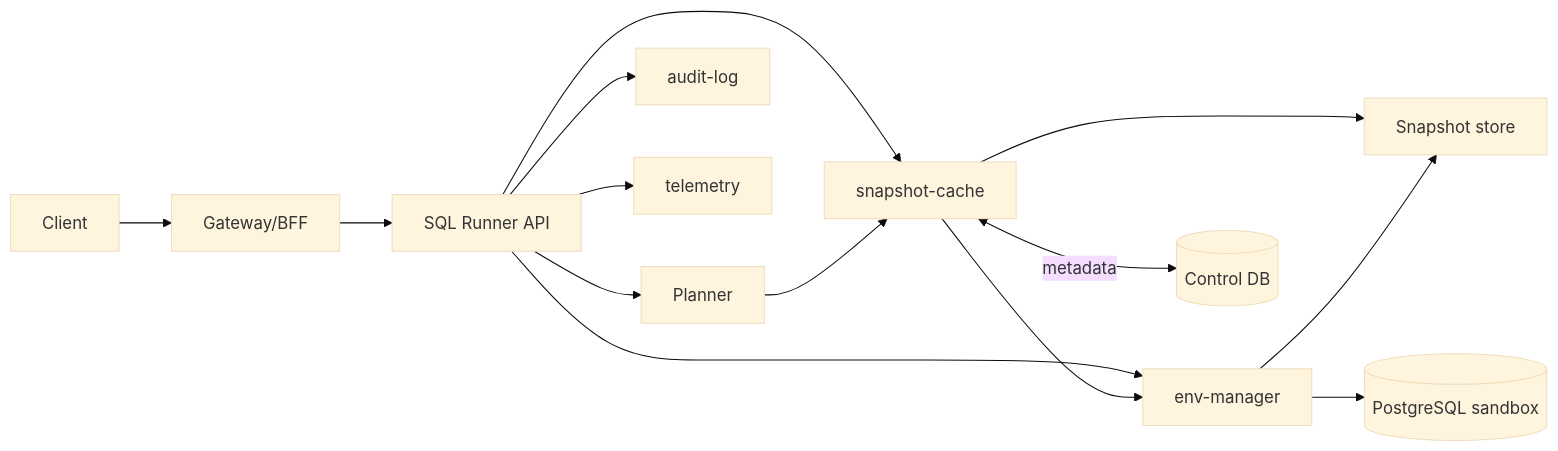
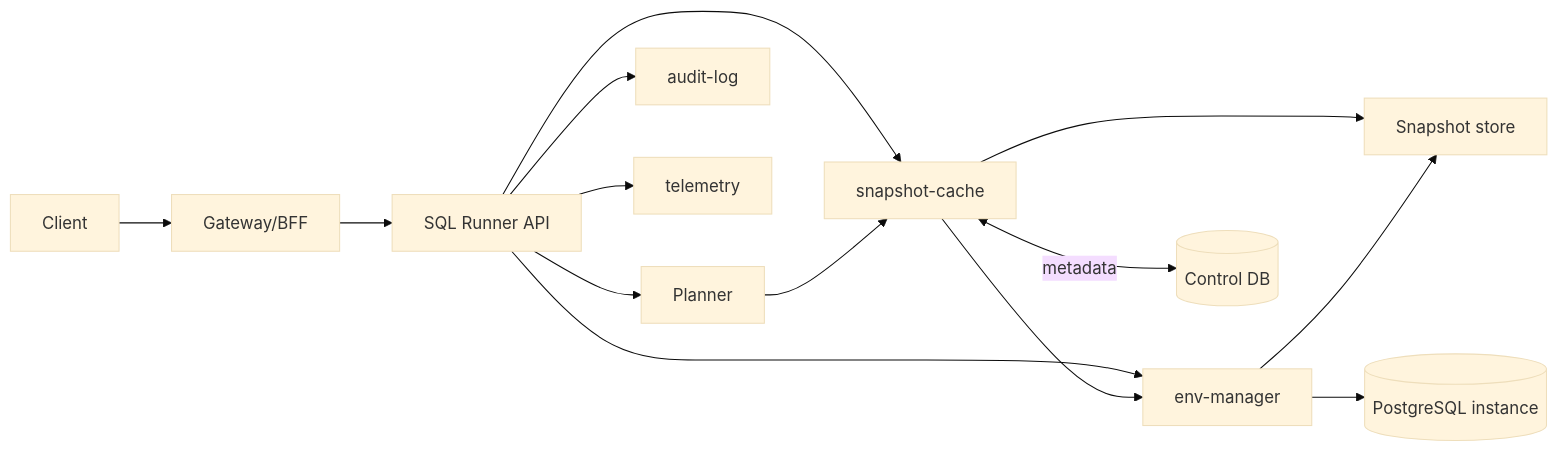
One commit to kimak-irmagi/taidon changed the first of 2 diagrams in docs/architecture/sql-runner-api.RU.md. Above: the diagram before and after it, drawn with Mermaid (base theme). The commit also changed other lines of this file and 90 other files, not shown here.

````diff
--- a/docs/architecture/sql-runner-api.RU.md
+++ b/docs/architecture/sql-runner-api.RU.md
@@ -31,17 +31,17 @@
 ```mermaid
 flowchart LR
   Client --> GW[Gateway/BFF]
   GW --> SR[SQL Runner API]
   SR --> PLAN[Planner]
   SR --> CACHE[snapshot-cache]
   SR --> ENV[env-manager]
-  ENV --> PG[(PostgreSQL sandbox)]
+  ENV --> PG[(PostgreSQL instance)]
   CACHE <-->|metadata| META[(Control DB)]
   SR --> AUD[audit-log]
   SR --> TELE[telemetry]
   CACHE --> SNAP[Snapshot store]
 
   PLAN --> CACHE
   CACHE --> ENV
   ENV --> SNAP
 ```
````
